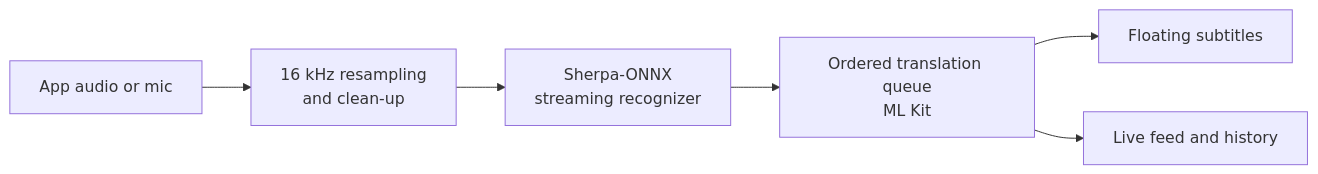
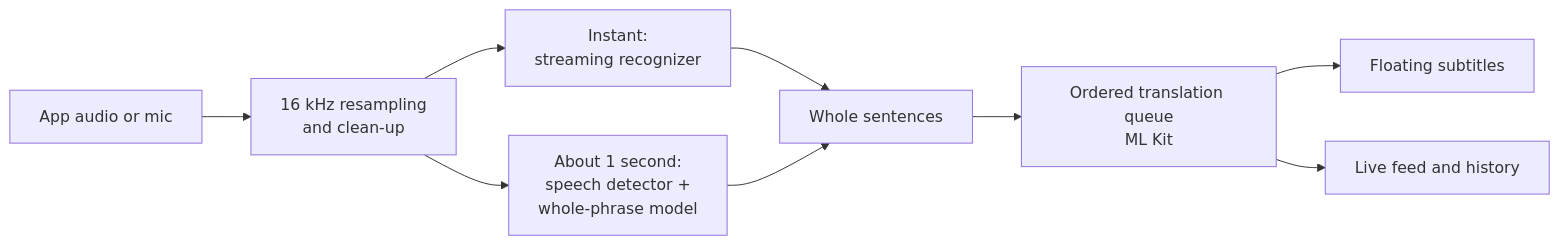
The diagram in README.md (R-Dilipkumar/Live-Audio-Translator), drawn with Mermaid before and after one commit. The commit also changed other lines of this file and 37 other files, not shown here.

````diff
--- a/README.md
+++ b/README.md
@@ -80,8 +111,11 @@
 ```mermaid
 flowchart LR
     A[App audio or mic] --> B[16 kHz resampling<br/>and clean-up]
-    B --> C[Sherpa-ONNX<br/>streaming recognizer]
-    C --> D[Ordered translation queue<br/>ML Kit]
+    B --> C1[Instant:<br/>streaming recognizer]
+    B --> C2[About 1 second:<br/>speech detector +<br/>whole-phrase model]
+    C1 --> S[Whole sentences]
+    C2 --> S
+    S --> D[Ordered translation queue<br/>ML Kit]
     D --> E[Floating subtitles]
     D --> F[Live feed and history]
 ```
````
